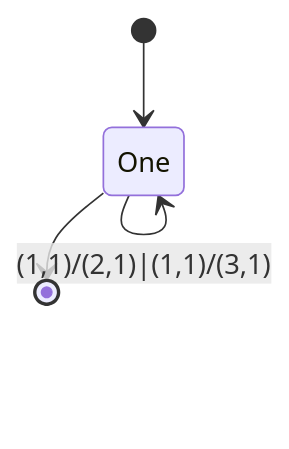
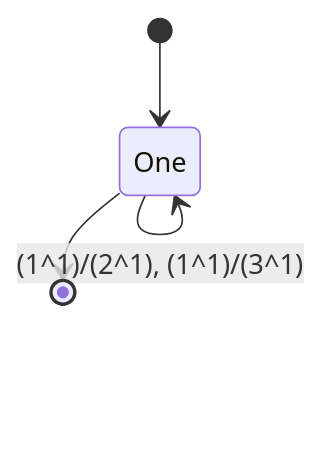
Before and after one commit to raganwald/raganwald.github.com: the first of 2 diagrams in _posts/2020-05-03-fractran.md, drawn with Mermaid. The commit also changed other lines of this file, not shown here.

```diff
--- a/_posts/2020-05-03-fractran.md
+++ b/_posts/2020-05-03-fractran.md
@@ -318,6 +318,6 @@
 <div class="mermaid">
   stateDiagram
     [*] --> One
-    One --> One: (1,1)/(2,1)|(1,1)/(3,1)
+    One --> One: (1^1)/(2^1), (1^1)/(3^1)
     One --> [*]
 </div>
```
